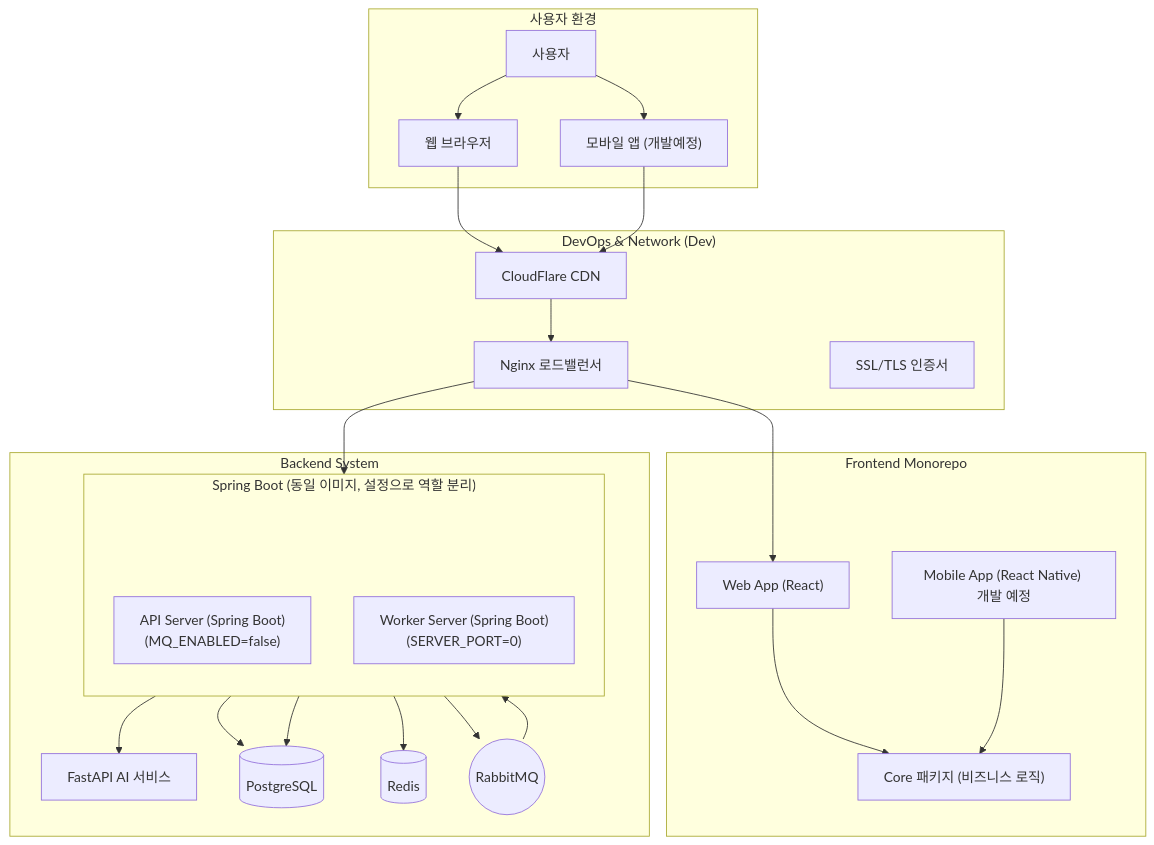
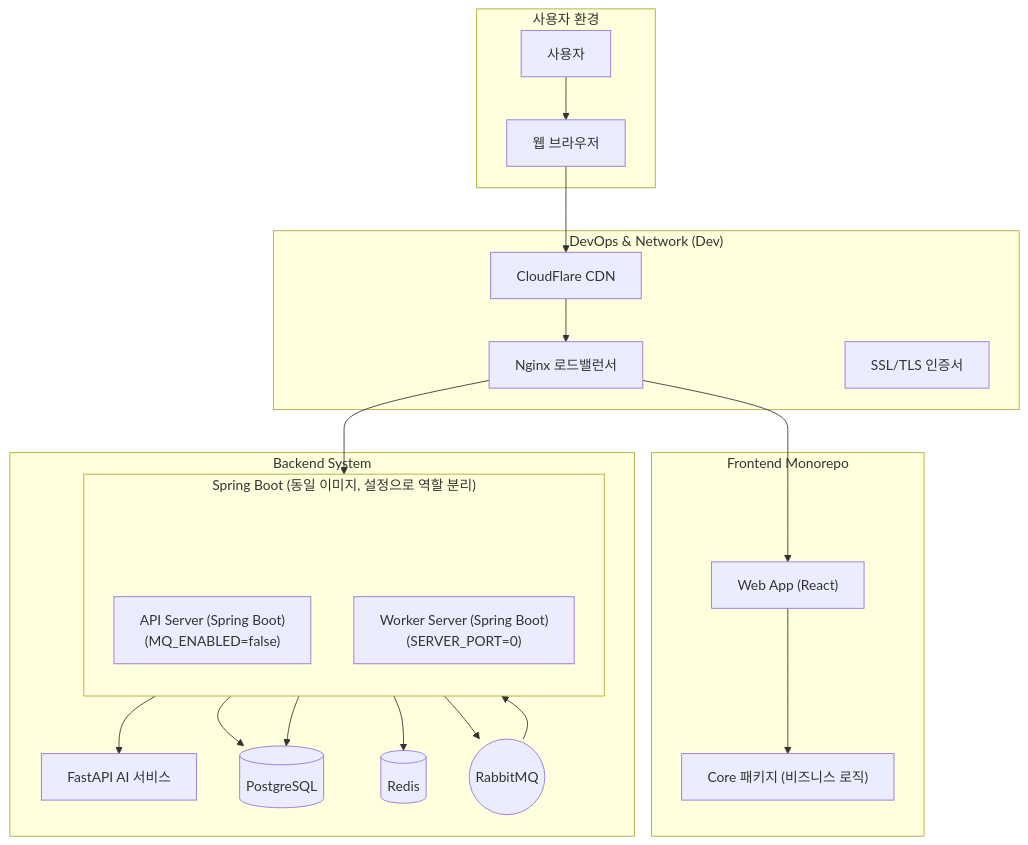
The diagram in README.md (ramyo564/L_N_Project), drawn with Mermaid before and after one commit. The commit also changed other lines of this file and 6 other files, not shown here.

````diff
--- a/README.md
+++ b/README.md
@@ -188,56 +183,51 @@
 ```mermaid
 graph TD
     subgraph Client [사용자 환경]
         User[사용자]
         Browser[웹 브라우저]
-        Mobile["모바일 앱 (개발예정)"]
     end
 
     subgraph Infrastructure ["DevOps & Network (Dev)"]
         LB[Nginx 로드밸런서]
         CDN[CloudFlare CDN]
         SSL[SSL/TLS 인증서]
     end
 
     subgraph FE [Frontend Monorepo]
         Web["Web App (React)"]
-        RN["Mobile App (React Native) 개발 예정"]
         Core["Core 패키지 (비즈니스 로직)"]
     end
 
     subgraph BE [Backend System]
         subgraph Spring ["Spring Boot (동일 이미지, 설정으로 역할 분리)"]
             direction TB
             space1[ ]
             API["API Server (Spring Boot)<br/>(MQ_ENABLED=false)"]
             Worker["Worker Server (Spring Boot)<br/>(SERVER_PORT=0)"]
         end
         AI[FastAPI AI 서비스]
         DB[(PostgreSQL)]
         Cache[(Redis)]
         MQ((RabbitMQ))
     end
     
     space1 ~~~ API
 
     User --> Browser
-    User --> Mobile
     Browser --> CDN
-    Mobile --> CDN
     CDN --> LB
     LB --> Web
     LB --> API
 
     Web --> Core
-    RN --> Core
 
     API --> DB
     API --> Cache
     API --> MQ
     
     MQ --> Worker
     Worker --> DB
     Worker --> AI
     
     style space1 fill:none,stroke:none
 ```
````
